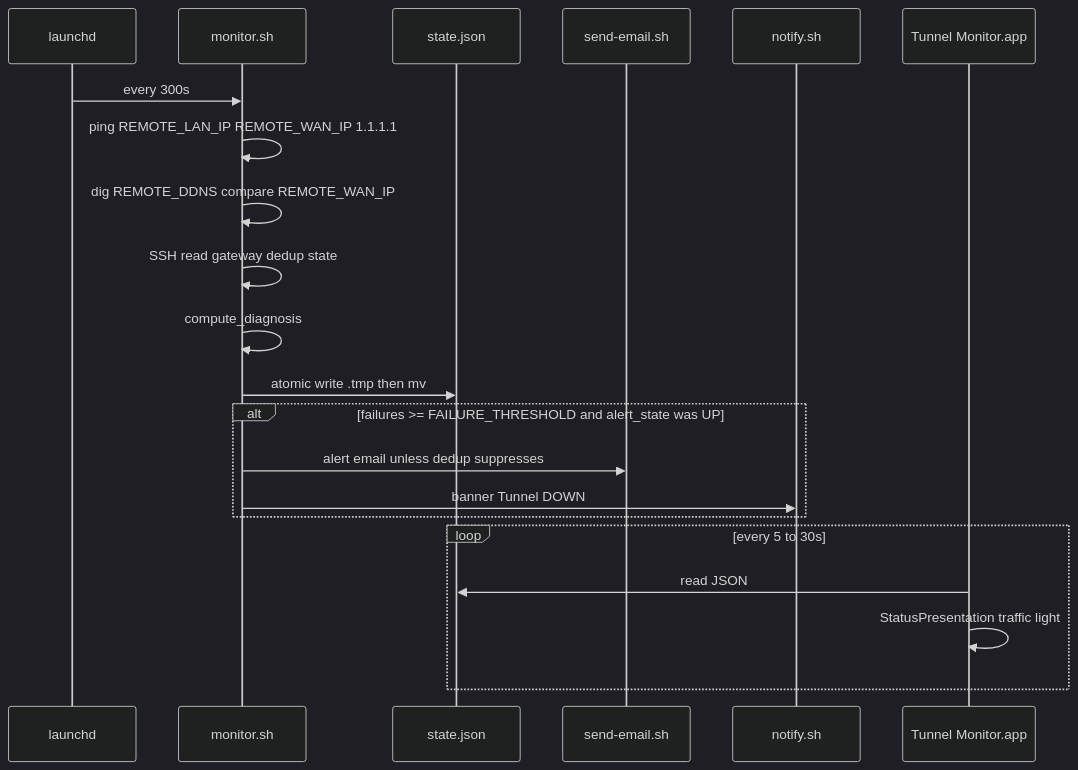
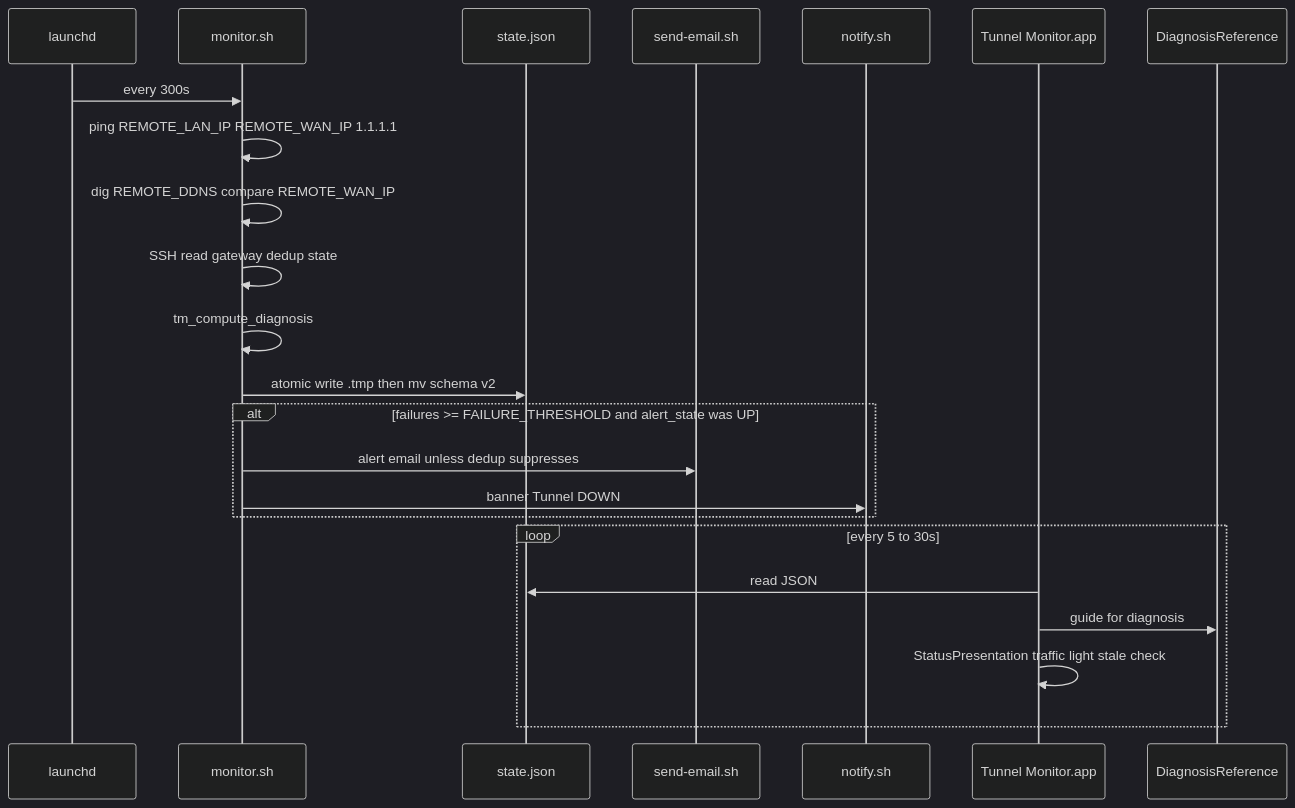
The second of 6 diagrams in Public/docs/tunnel-monitor/02-architecture.md (roto31/Tunnel-Monitor---Universal), drawn with Mermaid (dark theme) before and after one commit. The commit also changed other lines of this file and 14 other files, not shown here.

First line of the commit message:
docs: v2.0.1 GUI runbooks, diagrams, releases, and CLI parity.

````diff
--- a/Public/docs/tunnel-monitor/02-architecture.md
+++ b/Public/docs/tunnel-monitor/02-architecture.md
@@ -57,24 +57,26 @@
 ```mermaid
 sequenceDiagram
   participant LD as launchd
   participant M as monitor.sh
   participant S as state.json
   participant E as send-email.sh
   participant N as notify.sh
   participant App as Tunnel Monitor.app
+  participant DR as DiagnosisReference
 
   LD->>M: every 300s
   M->>M: ping REMOTE_LAN_IP REMOTE_WAN_IP 1.1.1.1
   M->>M: dig REMOTE_DDNS compare REMOTE_WAN_IP
   M->>M: SSH read gateway dedup state
-  M->>M: compute_diagnosis
-  M->>S: atomic write .tmp then mv
+  M->>M: tm_compute_diagnosis
+  M->>S: atomic write .tmp then mv schema v2
   alt failures >= FAILURE_THRESHOLD and alert_state was UP
     M->>E: alert email unless dedup suppresses
     M->>N: banner Tunnel DOWN
   end
   loop every 5 to 30s
     App->>S: read JSON
-    App->>App: StatusPresentation traffic light
+    App->>DR: guide for diagnosis
+    App->>App: StatusPresentation traffic light stale check
   end
 ```
````
